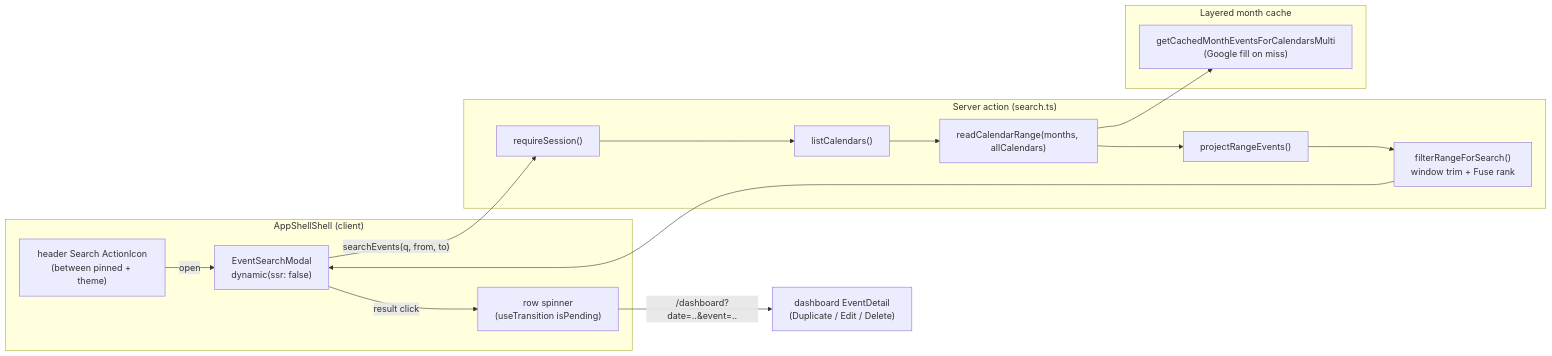
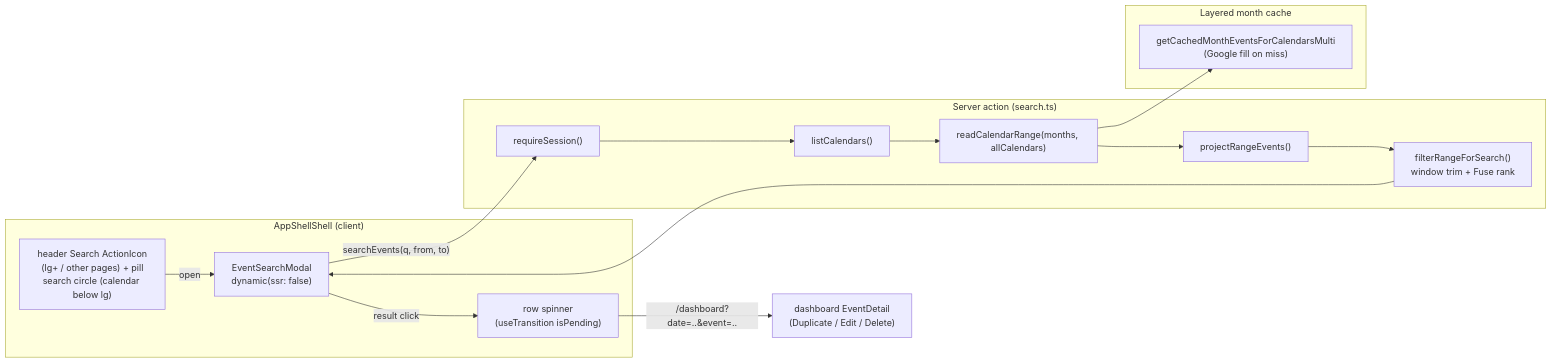
One commit to oncloudnintynineone-source/cloudy2 changed the diagram in docs/event-search.md. Above: the diagram before and after it, drawn with Mermaid. The commit also changed other lines of this file and 9 other files, not shown here.

Commit message:
Move mobile chrome to shared bottom control pill; add SearchPanelContext for calendar pill search trigger

````diff
--- a/docs/event-search.md
+++ b/docs/event-search.md
@@ -62,23 +63,23 @@
 ```mermaid
 flowchart LR
  subgraph SHELL["AppShellShell (client)"]
- B["header Search ActionIcon<br/>(between pinned + theme)"]
+ B["header Search ActionIcon<br/>(lg+ / other pages) + pill<br/>search circle (calendar below lg)"]
  M["EventSearchModal<br/>dynamic(ssr: false)"]
  SPIN["row spinner<br/>(useTransition isPending)"]
  end
  subgraph ACTION["Server action (search.ts)"]
  R["requireSession()"]
  C["listCalendars()"]
  RC["readCalendarRange(months, allCalendars)"]
  PJ["projectRangeEvents()"]
  FF["filterRangeForSearch()<br/>window trim + Fuse rank"]
  end
  subgraph CACHE["Layered month cache"]
  MC["getCachedMonthEventsForCalendarsMulti<br/>(Google fill on miss)"]
  end
  B -->|open| M
  M -->|"searchEvents(q, from, to)"| R --> C --> RC --> MC
  RC --> PJ --> FF --> M
  M -->|result click| SPIN
  SPIN -->|"/dashboard?date=..&event=.."| DEEP["dashboard EventDetail<br/>(Duplicate / Edit / Delete)"]
 ```
````
